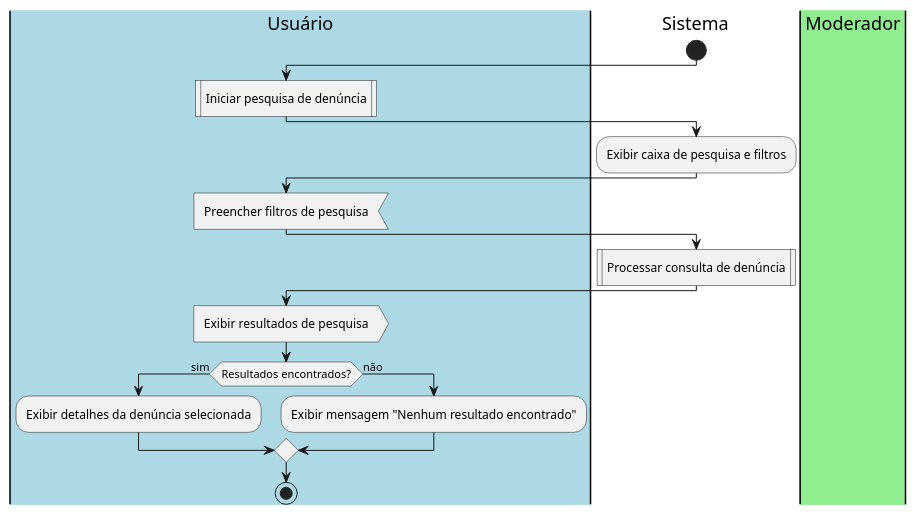
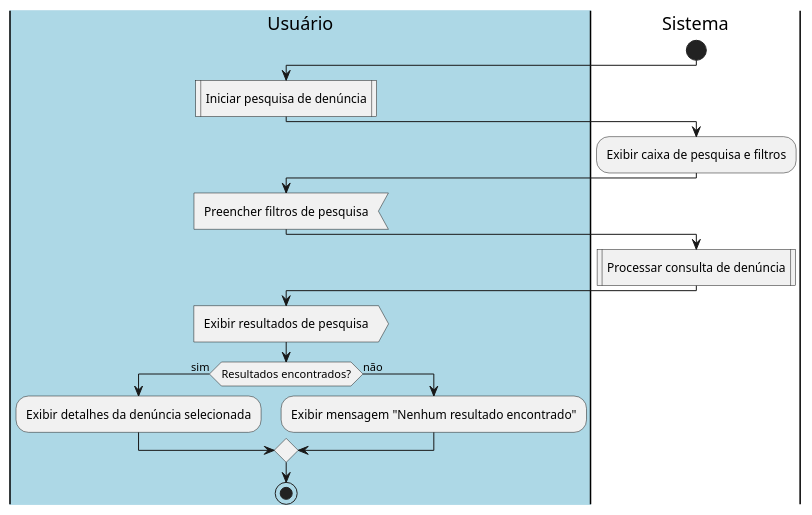
One commit to rafa-alves6/Reclama.se-AOO changed the second of 2 diagrams in modelos/UC_Pesquisar.md. Above: the diagram before and after it, drawn with PlantUML. The commit also changed other lines of this file, not shown here.

````diff
--- a/modelos/UC_Pesquisar.md
+++ b/modelos/UC_Pesquisar.md
@@ -112,33 +99,31 @@
 ```plantuml
 @startuml
 
 |#lightblue|Usuário|
-|Sistema|
-|#lightgreen|Moderador|
 
 |Sistema|
 start
 
 |Usuário|
 :Iniciar pesquisa de denúncia; <<procedure>>
 |Sistema|
 :Exibir caixa de pesquisa e filtros;
 
 |Usuário|
 :Preencher filtros de pesquisa; <<input>>
 |Sistema|
 :Processar consulta de denúncia; <<procedure>>
 
 |Usuário|
 :Exibir resultados de pesquisa; <<output>>
 
 if (Resultados encontrados?) then (sim)
   :Exibir detalhes da denúncia selecionada;
 else (não)
   :Exibir mensagem "Nenhum resultado encontrado";
 endif
 
 stop
 
 @enduml
 ```
````
